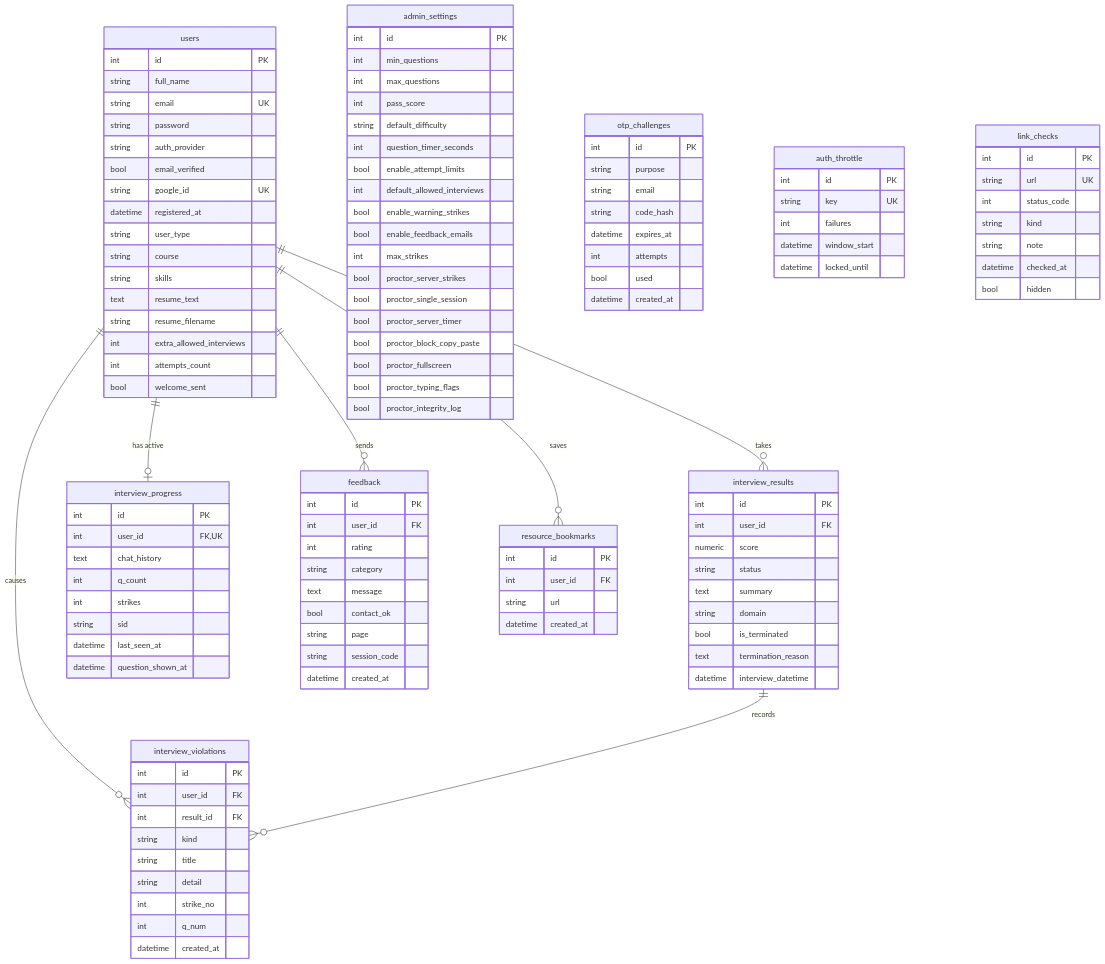
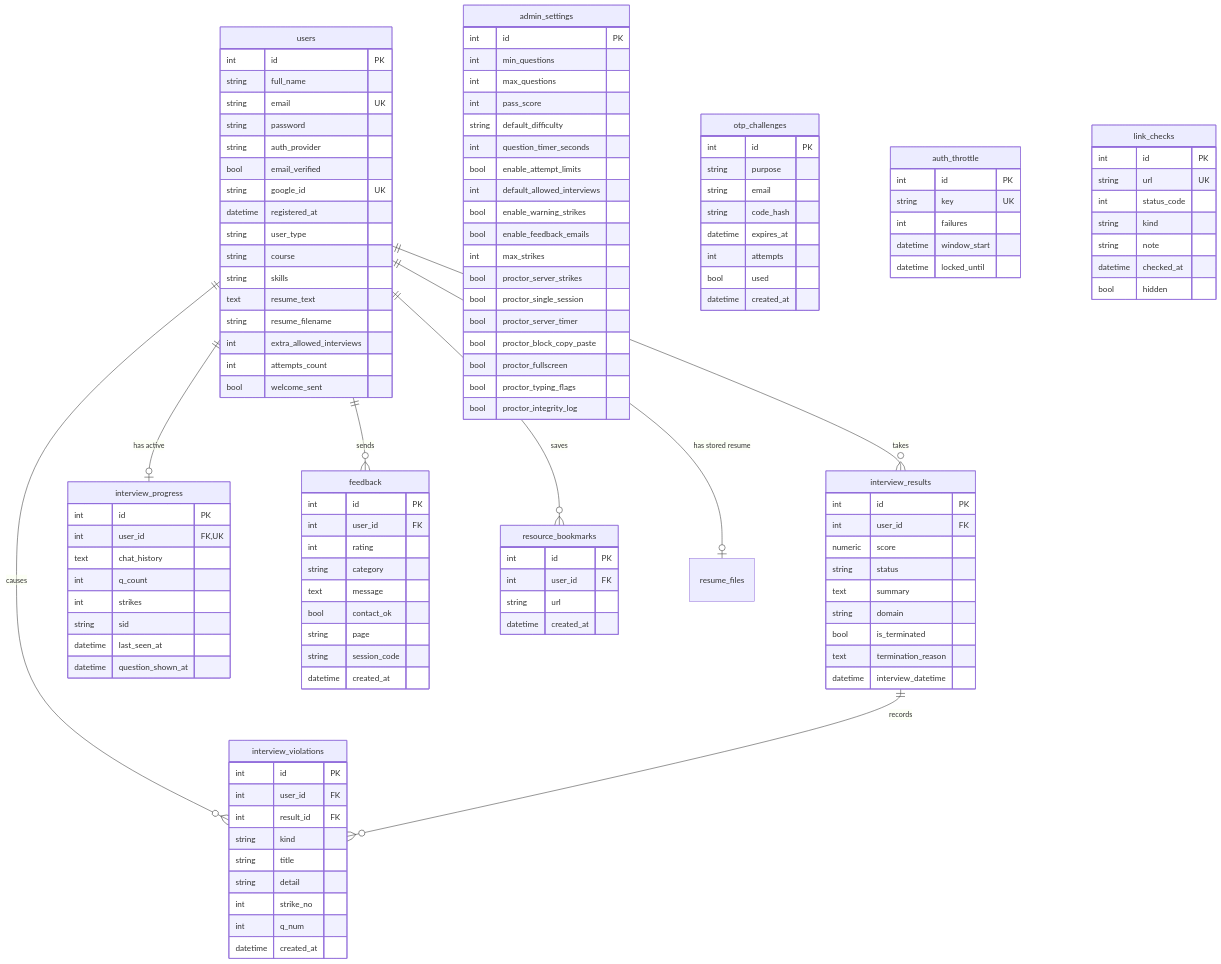
One commit to MR360-TECH/AI_INTERVIEW_PLATFORM changed the fifth of 9 diagrams in README.md. Above: the diagram before and after it, drawn with Mermaid. The commit also changed other lines of this file and 9 other files, not shown here.

```diff
--- a/README.md
+++ b/README.md
@@ -352,6 +352,7 @@
     interview_results ||--o{ interview_violations : records
     users ||--o{ feedback : sends
     users ||--o{ resource_bookmarks : saves
+    users ||--o| resume_files : "has stored resume"
 
     users {
         int id PK
```
